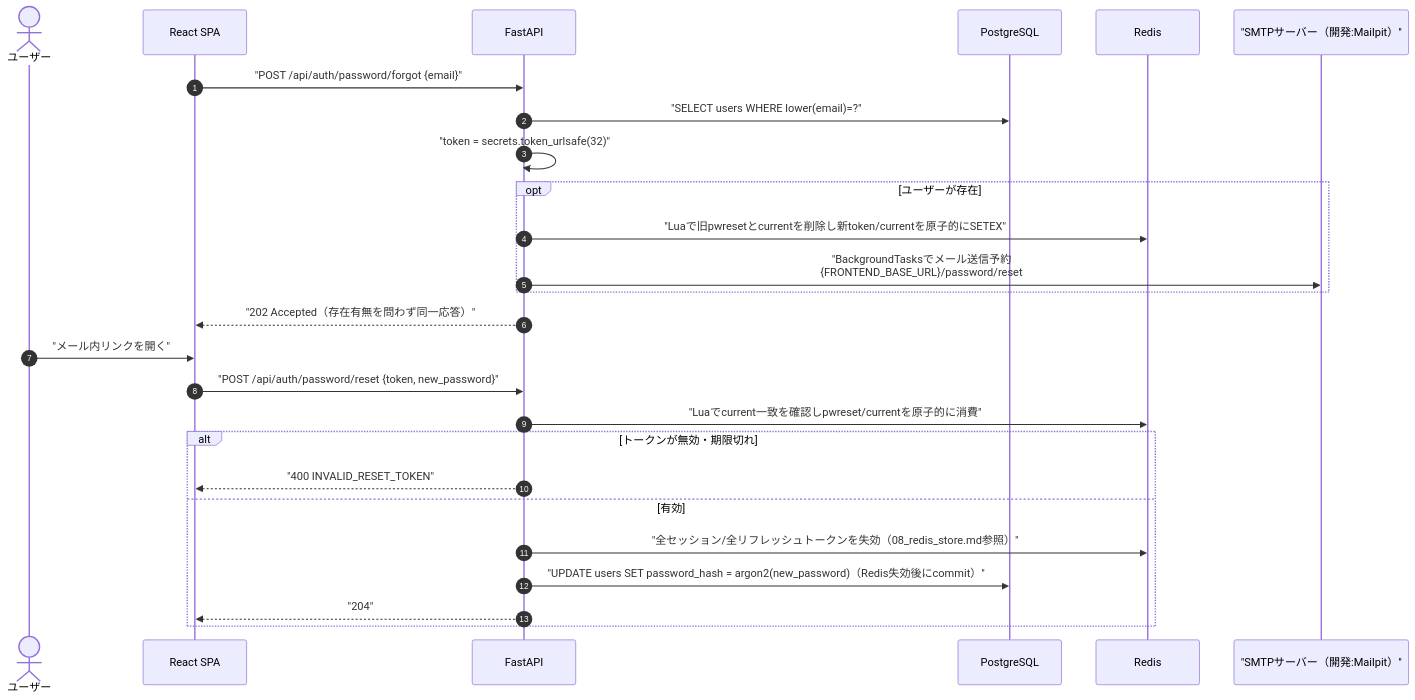
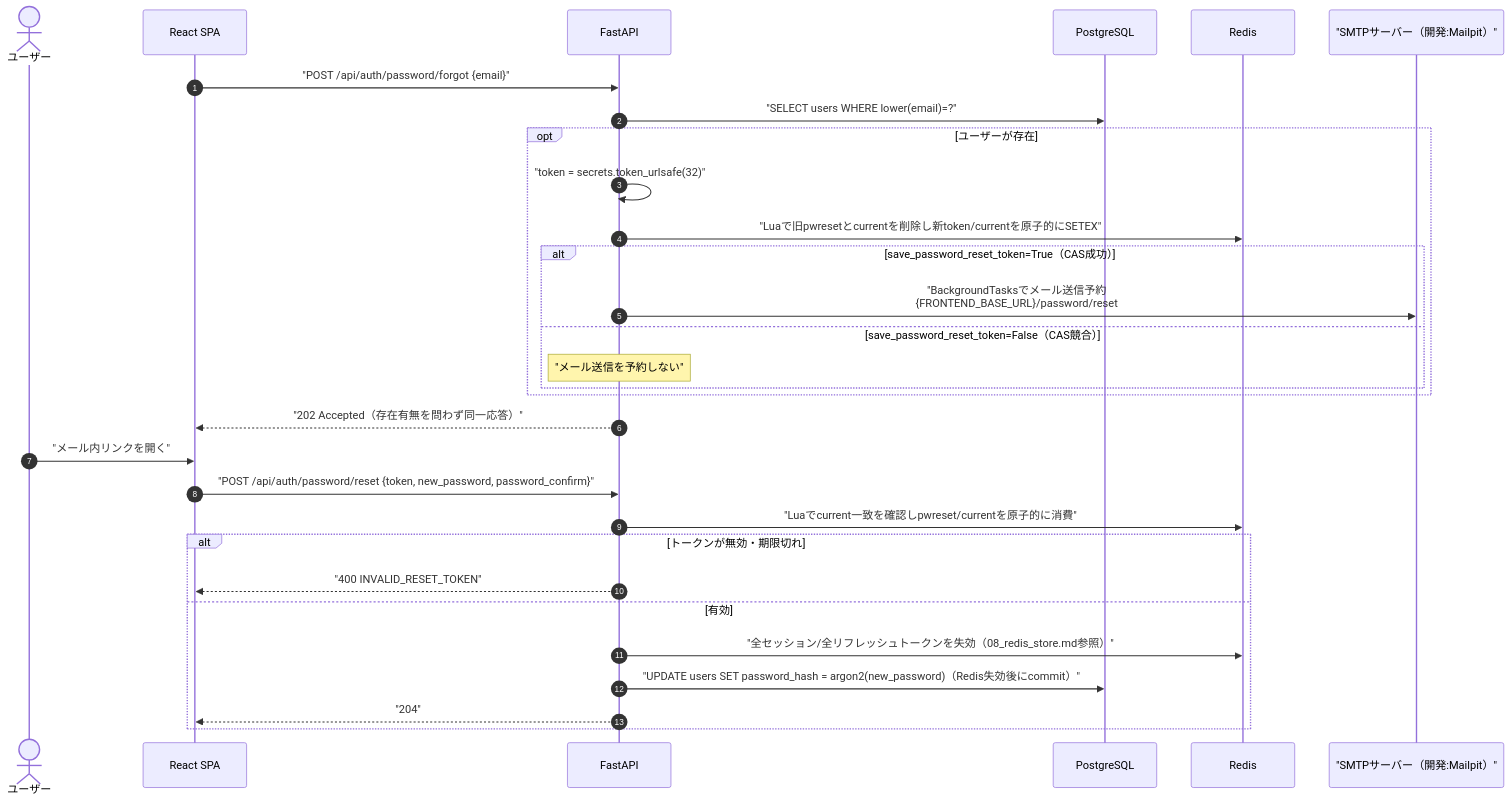
Before and after one commit to oikawa-d/task_management: the third of 6 diagrams in docs/detailed_design/auth/06_token_mail.md, drawn with Mermaid. The commit also changed other lines of this file and 80 other files, not shown here.

````diff
--- a/docs/detailed_design/auth/06_token_mail.md
+++ b/docs/detailed_design/auth/06_token_mail.md
@@ -134,30 +136,34 @@
 ```mermaid
 sequenceDiagram
     autonumber
     actor U as ユーザー
     participant FE as React SPA
     participant API as FastAPI
     participant PG as PostgreSQL
     participant RD as Redis
     participant SMTP as "SMTPサーバー（開発:Mailpit）"
 
     FE->>API: "POST /api/auth/password/forgot {email}"
     API->>PG: "SELECT users WHERE lower(email)=?"
-    API->>API: "token = secrets.token_urlsafe(32)"
     opt ユーザーが存在
+        API->>API: "token = secrets.token_urlsafe(32)"
         API->>RD: "Luaで旧pwresetとcurrentを削除し新token/currentを原子的にSETEX"
-        API->>SMTP: "BackgroundTasksでメール送信予約<br/>{FRONTEND_BASE_URL}/password/reset#token=..."
+        alt save_password_reset_token=True（CAS成功）
+            API->>SMTP: "BackgroundTasksでメール送信予約<br/>{FRONTEND_BASE_URL}/password/reset#token=..."
+        else save_password_reset_token=False（CAS競合）
+            Note over API: "メール送信を予約しない"
+        end
     end
     API-->>FE: "202 Accepted（存在有無を問わず同一応答）"
 
     U->>FE: "メール内リンクを開く"
-    FE->>API: "POST /api/auth/password/reset {token, new_password}"
+    FE->>API: "POST /api/auth/password/reset {token, new_password, password_confirm}"
     API->>RD: "Luaでcurrent一致を確認しpwreset/currentを原子的に消費"
     alt トークンが無効・期限切れ
         API-->>FE: "400 INVALID_RESET_TOKEN"
     else 有効
         API->>RD: "全セッション/全リフレッシュトークンを失効（08_redis_store.md参照）"
         API->>PG: "UPDATE users SET password_hash = argon2(new_password)（Redis失効後にcommit）"
         API-->>FE: "204"
     end
 ```
````
